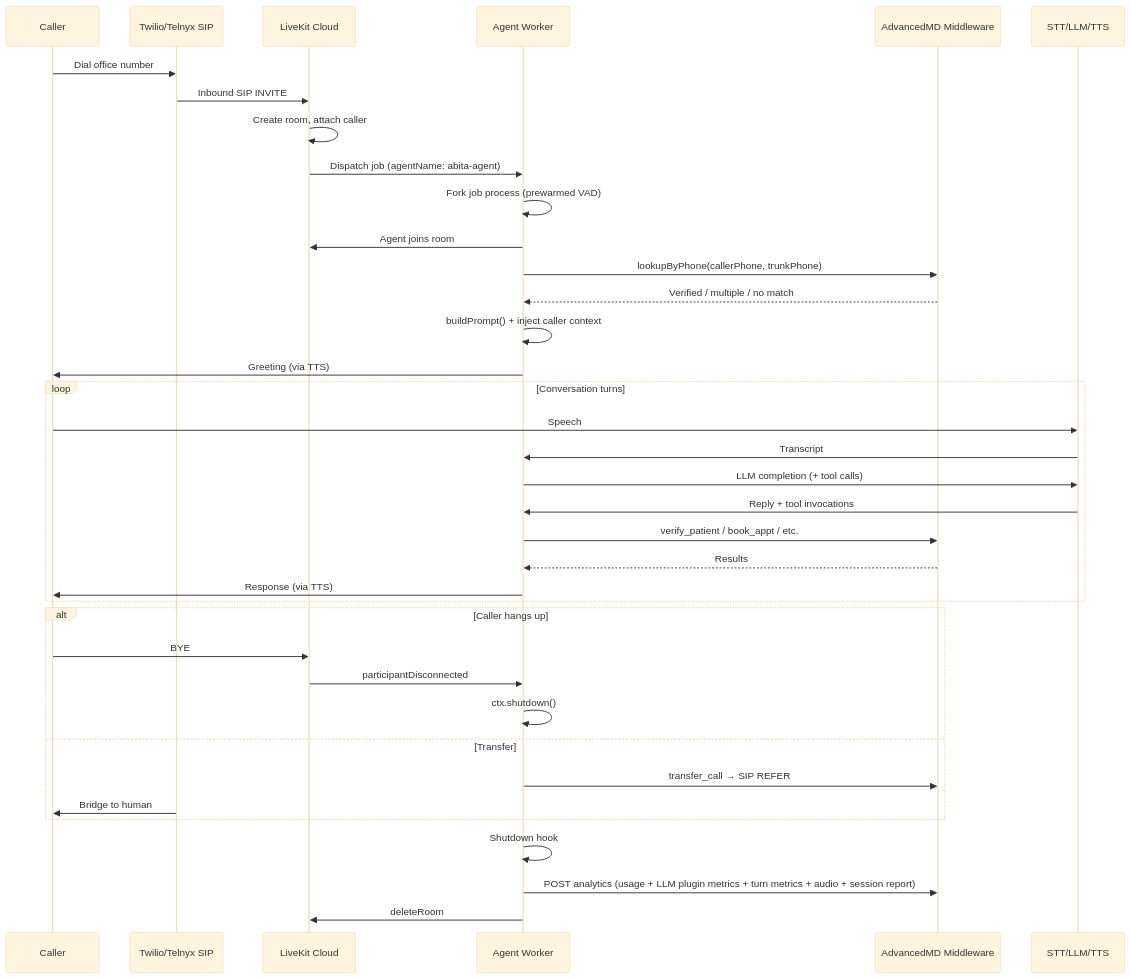
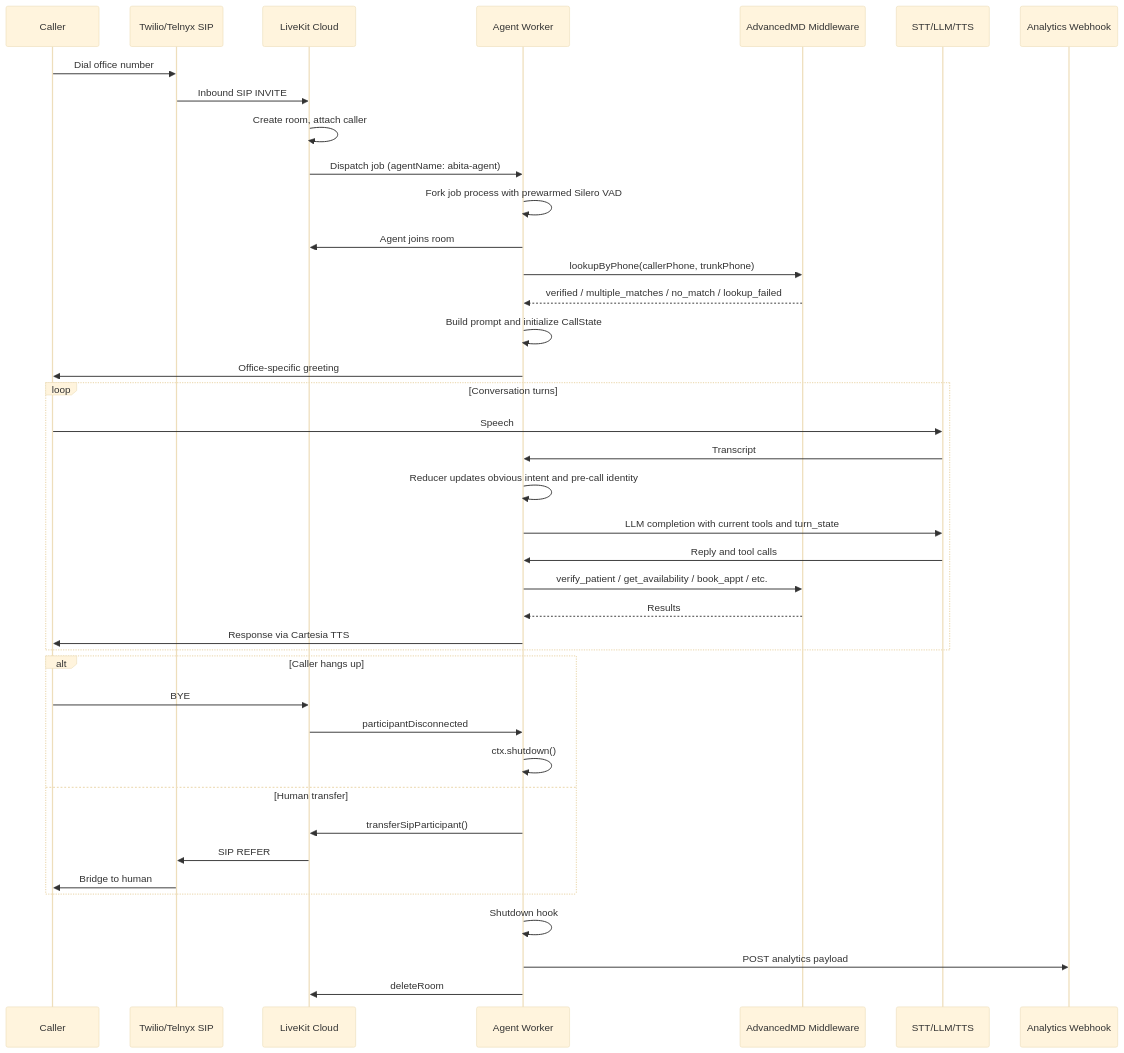
Before and after one commit to chasef07/abita_agent: the diagram in README.md, drawn with Mermaid (base theme). The commit also changed other lines of this file, not shown here.

Commit message:
Update README for current repo state

````diff
--- a/README.md
+++ b/README.md
@@ -20,43 +28,46 @@
 ```mermaid
 sequenceDiagram
     participant Caller
     participant SIP as Twilio/Telnyx SIP
     participant LK as LiveKit Cloud
     participant W as Agent Worker
     participant AMD as AdvancedMD Middleware
     participant Models as STT/LLM/TTS
+    participant Analytics as Analytics Webhook
 
     Caller->>SIP: Dial office number
     SIP->>LK: Inbound SIP INVITE
     LK->>LK: Create room, attach caller
     LK->>W: Dispatch job (agentName: abita-agent)
-    W->>W: Fork job process (prewarmed VAD)
+    W->>W: Fork job process with prewarmed Silero VAD
     W->>LK: Agent joins room
     W->>AMD: lookupByPhone(callerPhone, trunkPhone)
-    AMD-->>W: Verified / multiple / no match
-    W->>W: buildPrompt() + inject caller context
-    W->>Caller: Greeting (via TTS)
+    AMD-->>W: verified / multiple_matches / no_match / lookup_failed
+    W->>W: Build prompt and initialize CallState
+    W->>Caller: Office-specific greeting
 
     loop Conversation turns
         Caller->>Models: Speech
         Models->>W: Transcript
-        W->>Models: LLM completion (+ tool calls)
-        Models->>W: Reply + tool invocations
-        W->>AMD: verify_patient / book_appt / etc.
+        W->>W: Reducer updates obvious intent and pre-call identity
+        W->>Models: LLM completion with current tools and turn_state
+        Models->>W: Reply and tool calls
+        W->>AMD: verify_patient / get_availability / book_appt / etc.
         AMD-->>W: Results
-        W->>Caller: Response (via TTS)
+        W->>Caller: Response via Cartesia TTS
     end
 
     alt Caller hangs up
         Caller->>LK: BYE
         LK->>W: participantDisconnected
         W->>W: ctx.shutdown()
-    else Transfer
-        W->>AMD: transfer_call → SIP REFER
+    else Human transfer
+        W->>LK: transferSipParticipant()
+        LK->>SIP: SIP REFER
         SIP->>Caller: Bridge to human
     end
 
     W->>W: Shutdown hook
-    W->>AMD: POST analytics (usage + LLM plugin metrics + turn metrics + audio + session report)
+    W->>Analytics: POST analytics payload
     W->>LK: deleteRoom
 ```
````
